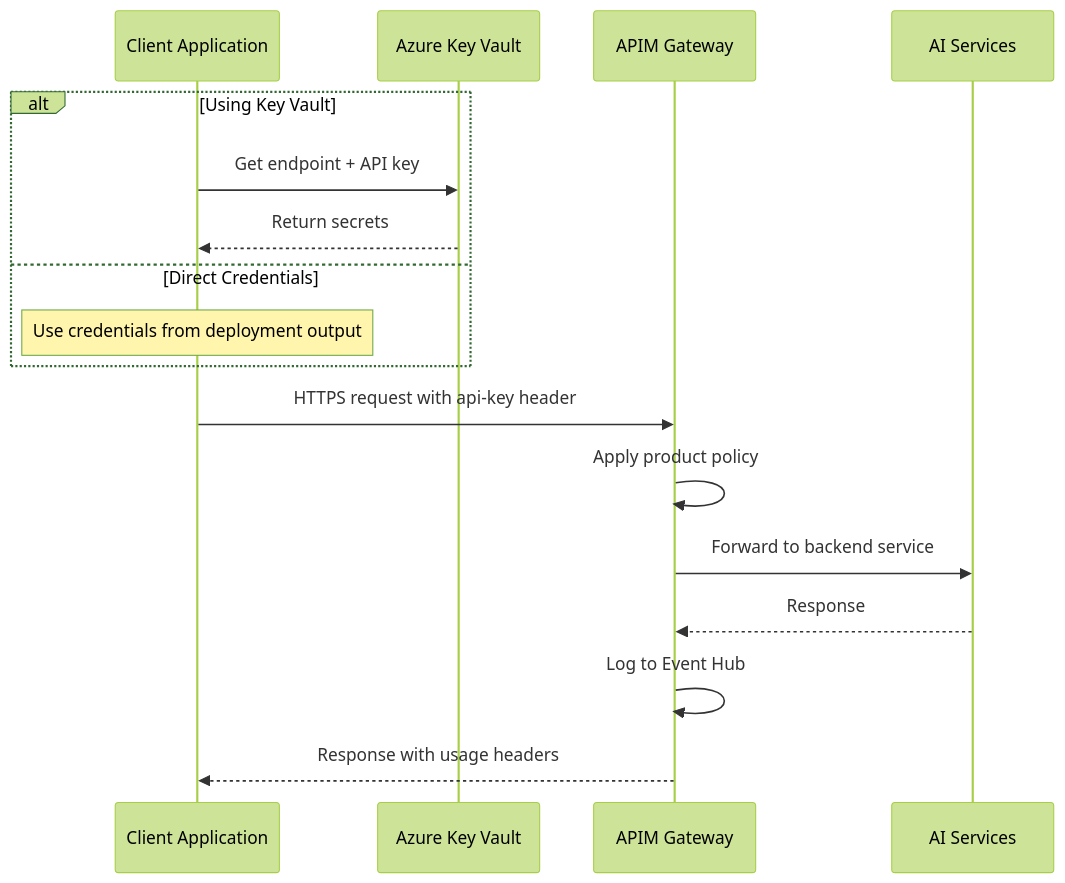
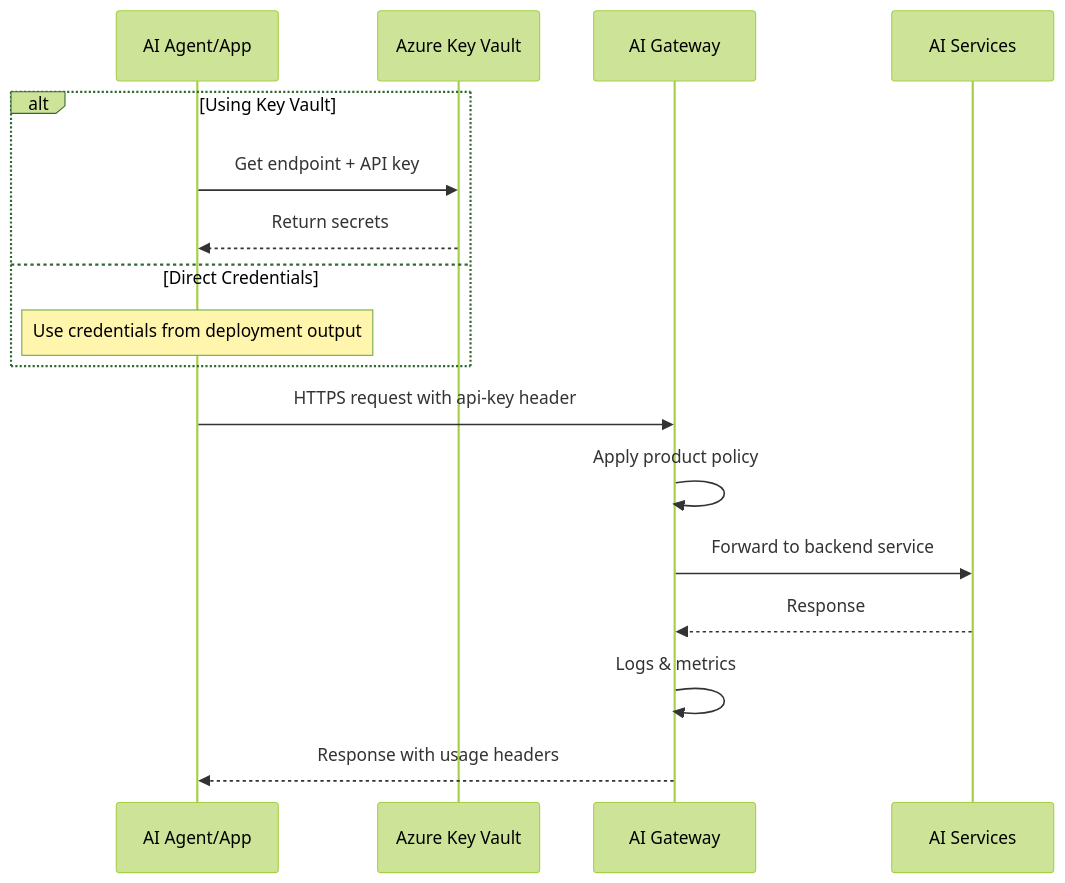
The second of 2 diagrams in bicep/infra/citadel-access-contracts/README.md (MSBrett/ai-hub-gateway-solution-accelerator), drawn with Mermaid (forest theme) before and after one commit. The commit also changed other lines of this file and 5 other files, not shown here.

````diff
--- a/bicep/infra/citadel-access-contracts/README.md
+++ b/bicep/infra/citadel-access-contracts/README.md
@@ -90,21 +89,21 @@
 ```mermaid
 sequenceDiagram
-    participant App as Client Application
+    participant App as AI Agent/App
     participant KV as Azure Key Vault
-    participant APIM as APIM Gateway
+    participant APIM as AI Gateway
     participant AI as AI Services
 
     alt Using Key Vault
         App->>KV: Get endpoint + API key
         KV-->>App: Return secrets
     else Direct Credentials
         Note over App: Use credentials from deployment output
     end
     
     App->>APIM: HTTPS request with api-key header
     APIM->>APIM: Apply product policy
     APIM->>AI: Forward to backend service
     AI-->>APIM: Response
-    APIM->>APIM: Log to Event Hub
+    APIM->>APIM: Logs & metrics
     APIM-->>App: Response with usage headers
 ```
````
